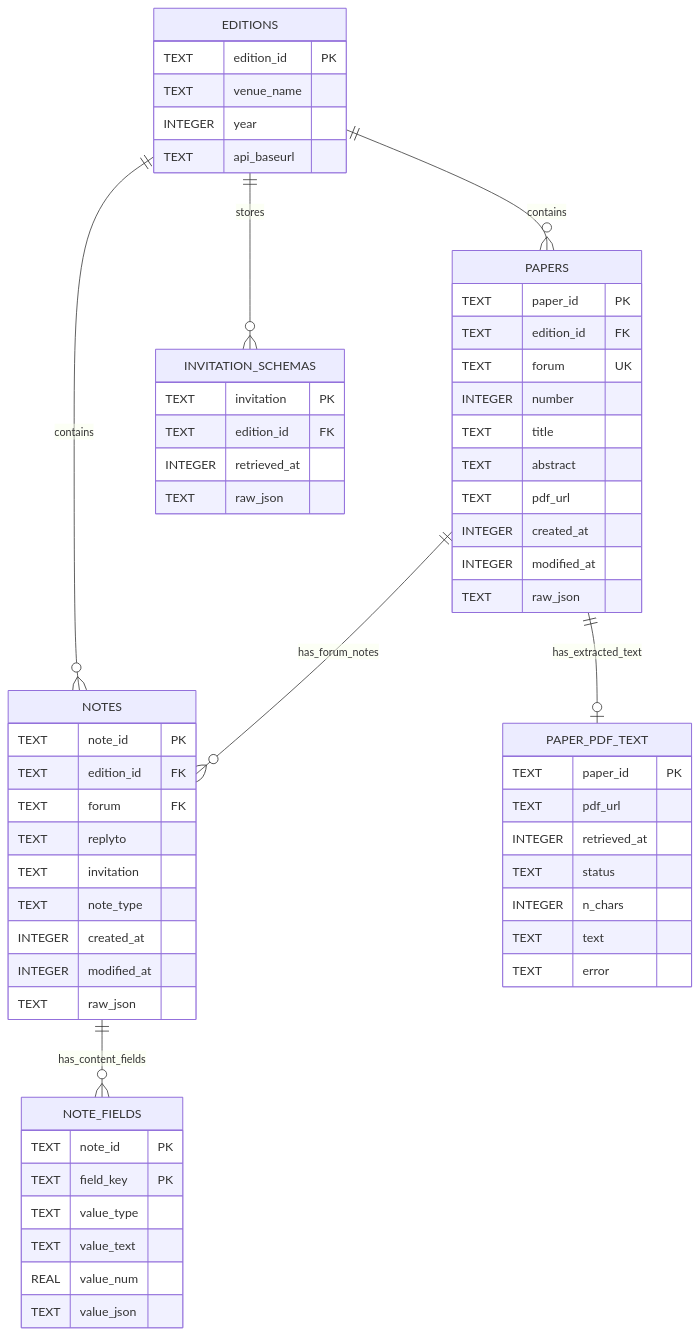
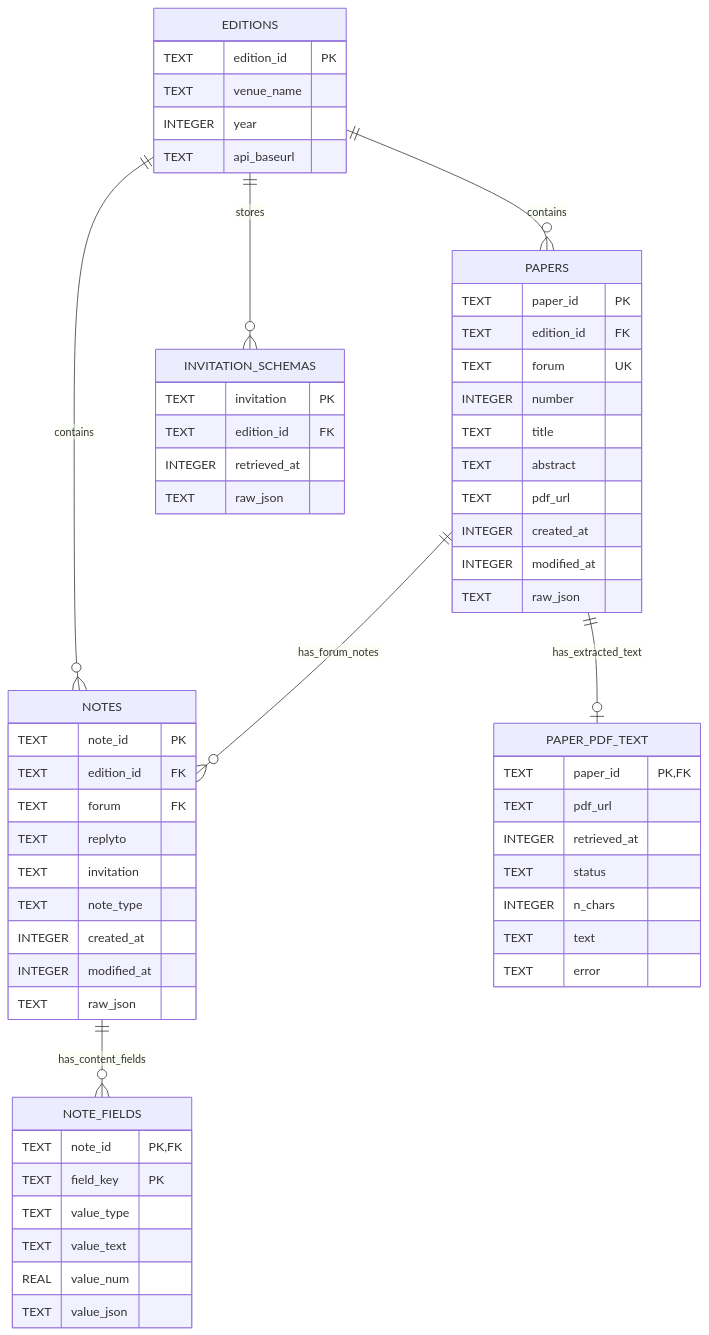
One commit to VericaD/LLM-conference-community changed the diagram in docs/database_schema.md. Above: the diagram before and after it, drawn with Mermaid.

Commit message:
Small changes in the schema

````diff
--- a/docs/database_schema.md
+++ b/docs/database_schema.md
@@ -3,67 +3,67 @@
 ```mermaid
 erDiagram
     EDITIONS ||--o{ PAPERS : contains
     EDITIONS ||--o{ NOTES : contains
     EDITIONS ||--o{ INVITATION_SCHEMAS : stores
     PAPERS ||--o{ NOTES : has_forum_notes
     NOTES ||--o{ NOTE_FIELDS : has_content_fields
     PAPERS ||--o| PAPER_PDF_TEXT : has_extracted_text
 
     EDITIONS {
         TEXT edition_id PK
         TEXT venue_name
         INTEGER year
         TEXT api_baseurl
     }
 
     PAPERS {
         TEXT paper_id PK
         TEXT edition_id FK
         TEXT forum UK
         INTEGER number
         TEXT title
         TEXT abstract
         TEXT pdf_url
         INTEGER created_at
         INTEGER modified_at
         TEXT raw_json
     }
 
     NOTES {
         TEXT note_id PK
         TEXT edition_id FK
         TEXT forum FK
         TEXT replyto
         TEXT invitation
         TEXT note_type
         INTEGER created_at
         INTEGER modified_at
         TEXT raw_json
     }
 
     NOTE_FIELDS {
-        TEXT note_id PK
+        TEXT note_id PK, FK
         TEXT field_key PK
         TEXT value_type
         TEXT value_text
         REAL value_num
         TEXT value_json
     }
 
     INVITATION_SCHEMAS {
         TEXT invitation PK
         TEXT edition_id FK
         INTEGER retrieved_at
         TEXT raw_json
     }
 
     PAPER_PDF_TEXT {
-        TEXT paper_id PK
+        TEXT paper_id PK, FK
         TEXT pdf_url
         INTEGER retrieved_at
         TEXT status
         INTEGER n_chars
         TEXT text
         TEXT error
     }
 ```
````
